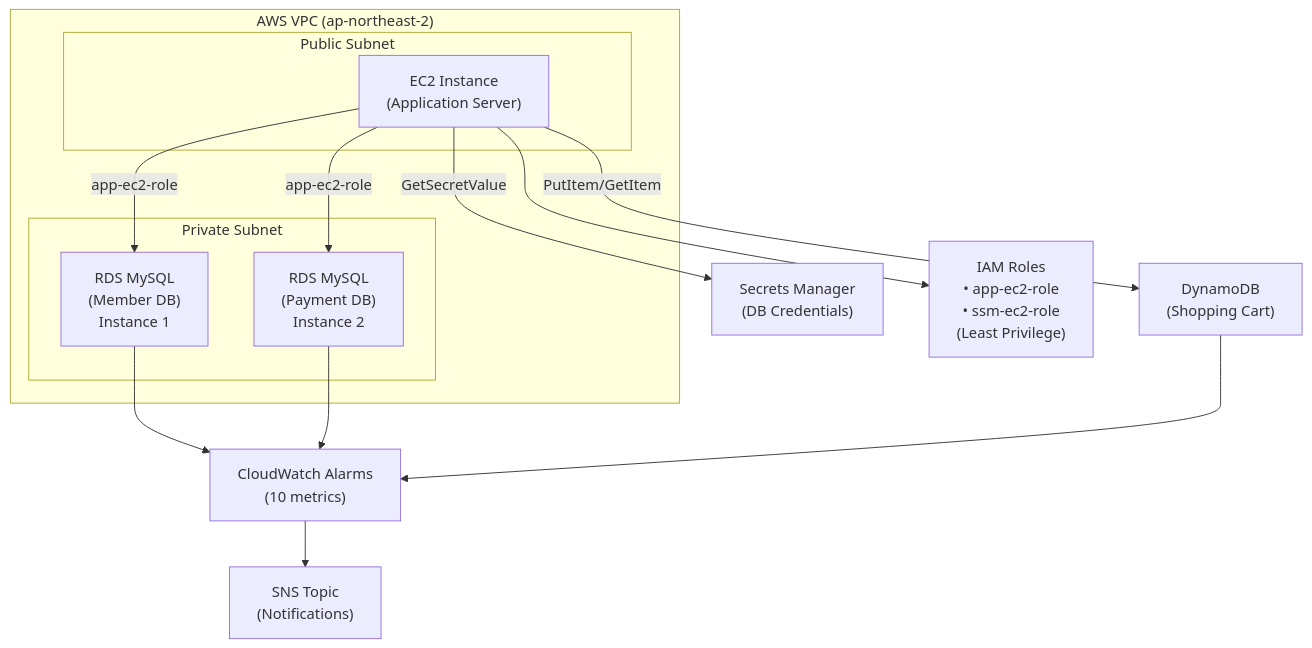
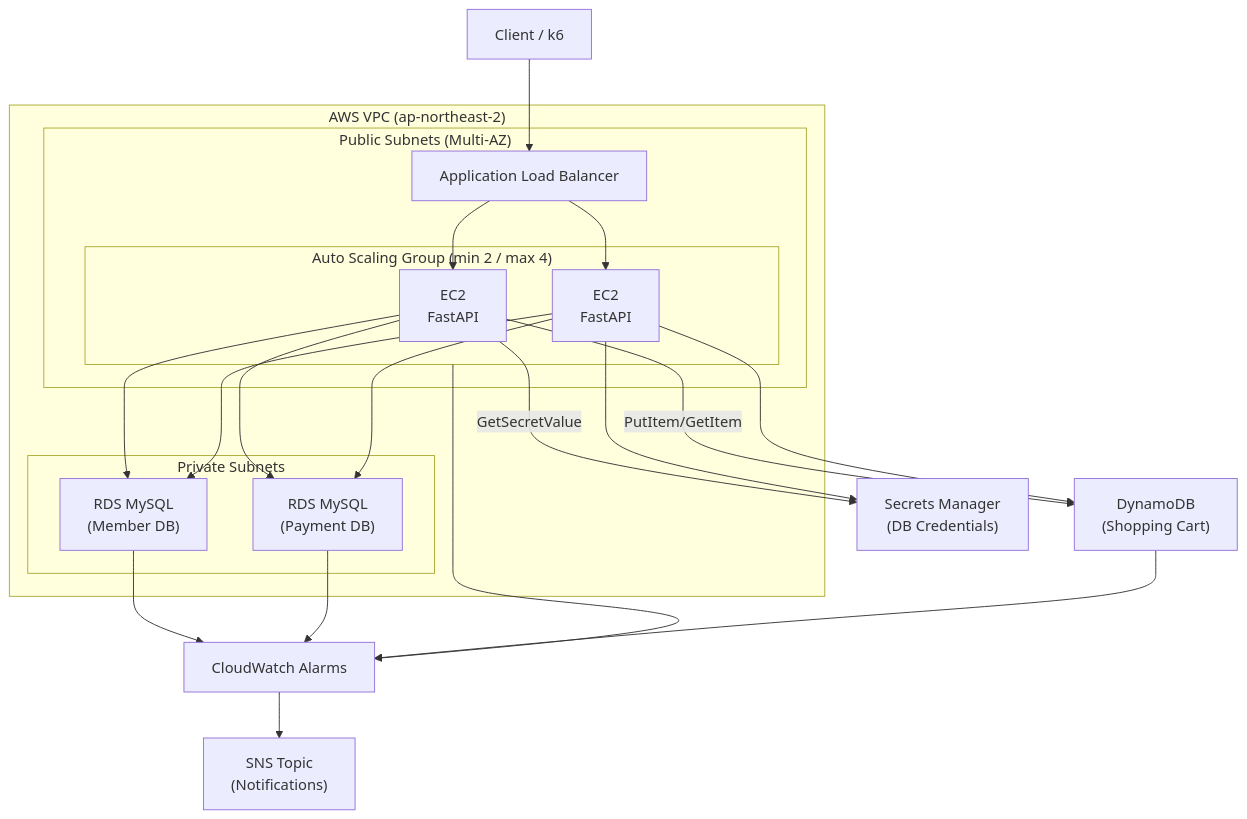
The diagram in README.md (HyoGyeong-Yu/ecommerce-db-separation), drawn with Mermaid before and after one commit. The commit also changed other lines of this file and 83 other files, not shown here.

````diff
--- a/README.md
+++ b/README.md
@@ -36,34 +39,43 @@
 ```mermaid
 graph TB
+    Client["Client / k6"] --> ALB["Application Load Balancer"]
+
     subgraph VPC["AWS VPC (ap-northeast-2)"]
-        subgraph PublicSubnet["Public Subnet"]
-            EC2["EC2 Instance<br/>(Application Server)"]
+        subgraph PublicSubnet["Public Subnets (Multi-AZ)"]
+            ALB
+            subgraph ASG["Auto Scaling Group (min 2 / max 4)"]
+                EC2A["EC2<br/>FastAPI"]
+                EC2B["EC2<br/>FastAPI"]
+            end
         end
-        
-        subgraph PrivateSubnet["Private Subnet"]
-            MemberDB["RDS MySQL<br/>(Member DB)<br/>Instance 1"]
-            PaymentDB["RDS MySQL<br/>(Payment DB)<br/>Instance 2"]
+
+        subgraph PrivateSubnet["Private Subnets"]
+            MemberDB["RDS MySQL<br/>(Member DB)"]
+            PaymentDB["RDS MySQL<br/>(Payment DB)"]
         end
-        
-        EC2 -->|app-ec2-role| MemberDB
-        EC2 -->|app-ec2-role| PaymentDB
+
+        ALB --> EC2A
+        ALB --> EC2B
+        EC2A --> MemberDB
+        EC2A --> PaymentDB
+        EC2B --> MemberDB
+        EC2B --> PaymentDB
     end
-    
+
     DynamoDB["DynamoDB<br/>(Shopping Cart)"]
     SecretsManager["Secrets Manager<br/>(DB Credentials)"]
-    
-    EC2 -->|GetSecretValue| SecretsManager
-    EC2 -->|PutItem/GetItem| DynamoDB
-    
-    CloudWatch["CloudWatch Alarms<br/>(10 metrics)"]
+
+    EC2A -->|GetSecretValue| SecretsManager
+    EC2A -->|PutItem/GetItem| DynamoDB
+    EC2B --> SecretsManager
+    EC2B --> DynamoDB
+
+    CloudWatch["CloudWatch Alarms"]
     SNS["SNS Topic<br/>(Notifications)"]
-    
+
     MemberDB --> CloudWatch
     PaymentDB --> CloudWatch
     DynamoDB --> CloudWatch
+    ASG --> CloudWatch
     CloudWatch --> SNS
-    
-    IAM["IAM Roles<br/>• app-ec2-role<br/>• ssm-ec2-role<br/>(Least Privilege)"]
-    
-    EC2 --> IAM
 ```
````
